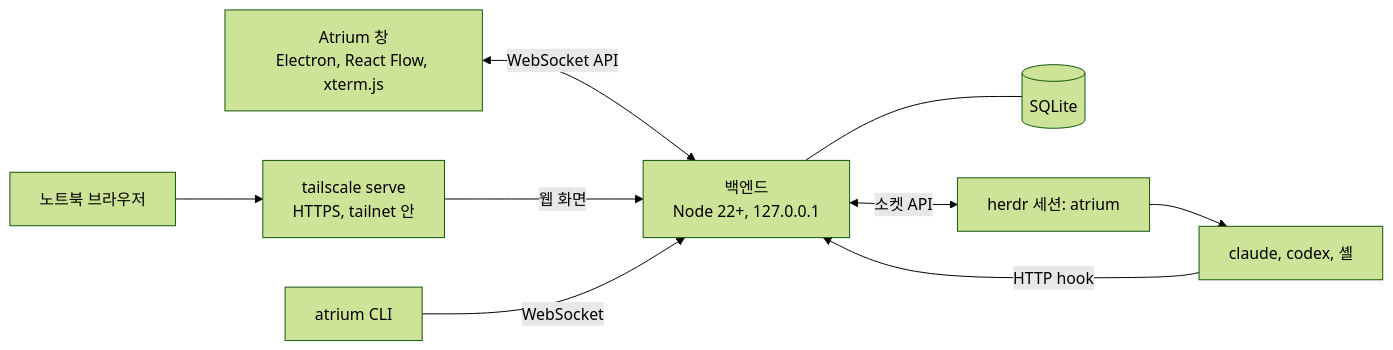
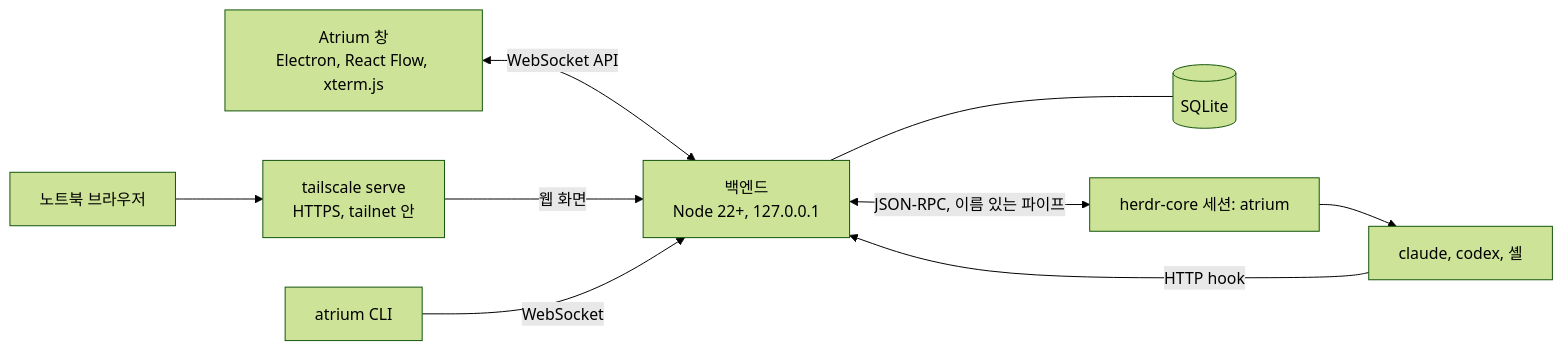
The diagram in README.ko.md (Gudals0320/atrium), drawn with Mermaid (forest theme) before and after one commit. The commit also changed other lines of this file and 4 other files, not shown here.

First line of the commit message:
README and README.ko: herdr-core as the terminal server

````diff
--- a/README.ko.md
+++ b/README.ko.md
@@ -218,18 +234,18 @@
 ```mermaid
 flowchart LR
   UI["Atrium 창<br/>Electron, React Flow, xterm.js"]
   WEB["노트북 브라우저"]
   TS["tailscale serve<br/>HTTPS, tailnet 안"]
   CLI["atrium CLI"]
   B["백엔드<br/>Node 22+, 127.0.0.1"]
   DB[("SQLite")]
-  H["herdr 세션: atrium"]
+  H["herdr-core 세션: atrium"]
   A["claude, codex, 셸"]
   UI <-->|WebSocket API| B
   WEB --> TS -->|웹 화면| B
   CLI -->|WebSocket| B
-  B <-->|소켓 API| H
+  B <-->|JSON-RPC, 이름 있는 파이프| H
   H --> A
   A -->|HTTP hook| B
   B --- DB
 ```
````
